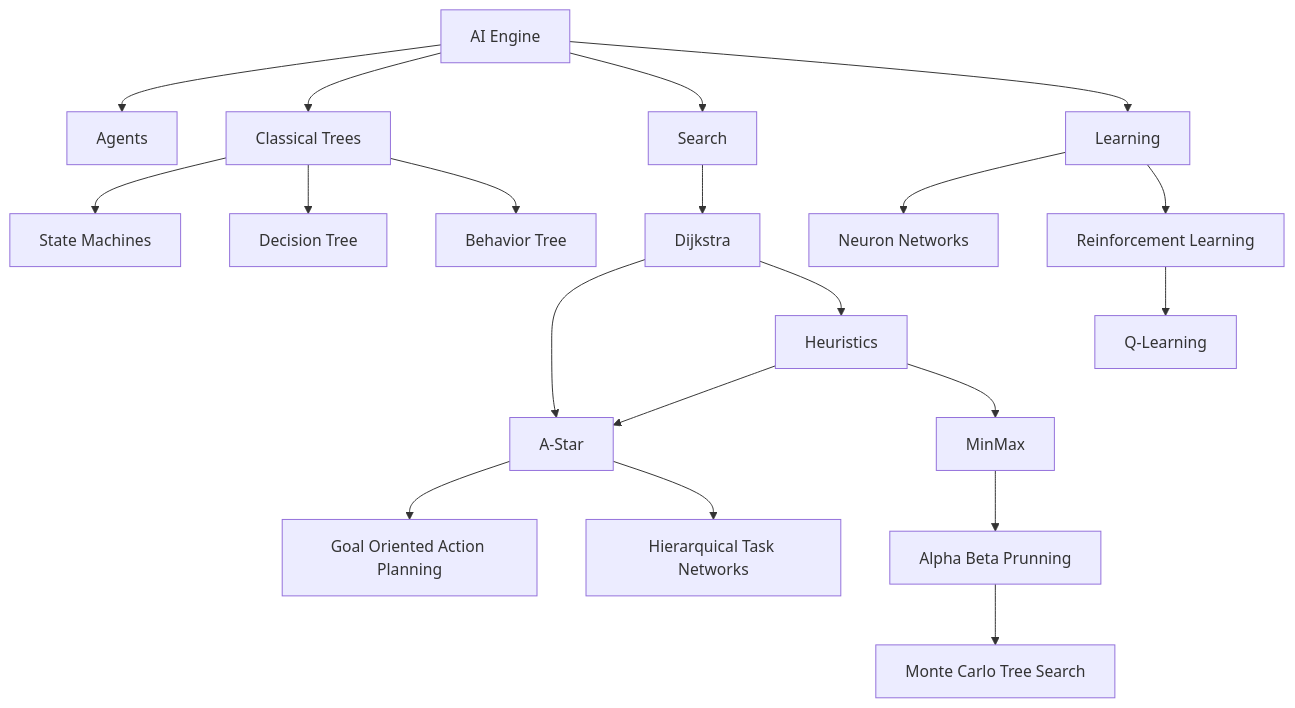
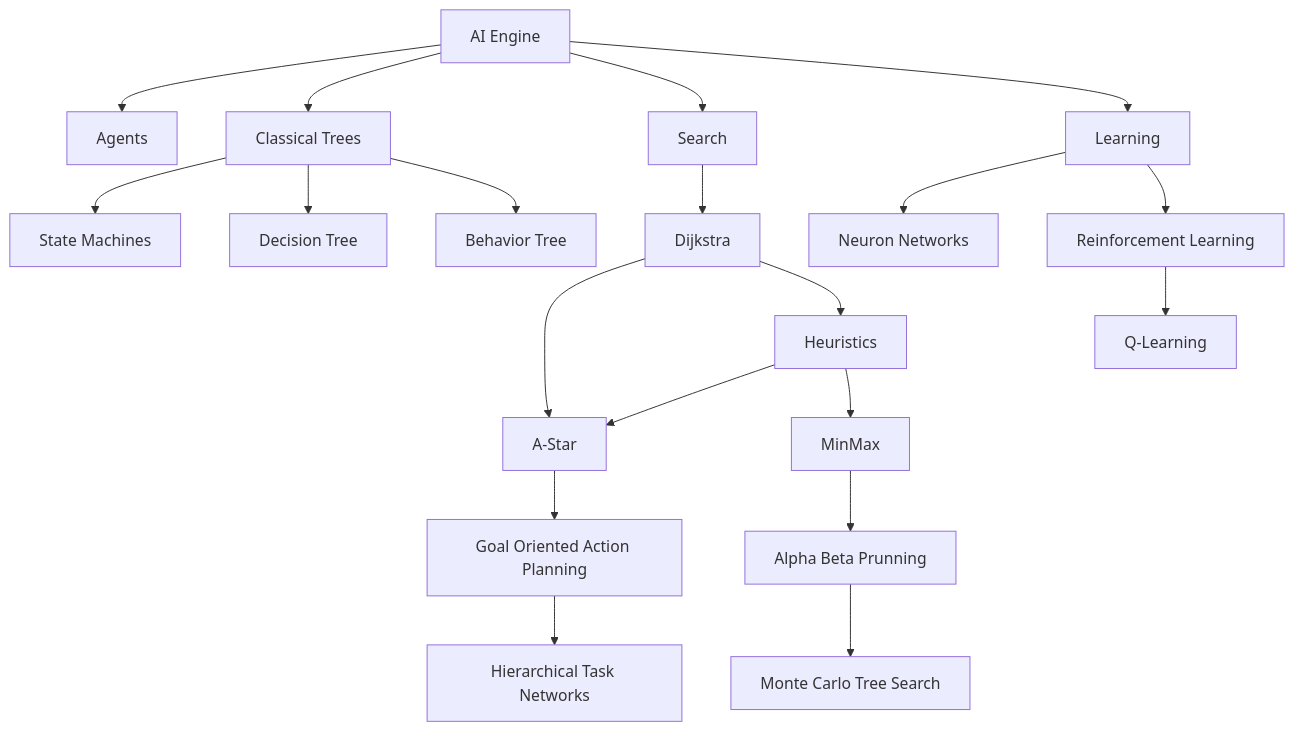
The diagram in services/web/src/data/courses/ai4games/chapters/week03/lecture.md (gameguild-gg/gameguild), drawn with Mermaid before and after one commit.

Commit message:
fix(courses): improve ai engine graph

````diff
--- a/services/web/src/data/courses/ai4games/chapters/week03/lecture.md
+++ b/services/web/src/data/courses/ai4games/chapters/week03/lecture.md
@@ -13,13 +13,14 @@
 ``` mermaid
 flowchart TD
     A["AI Engine"] --> Z["Agents"] & B["Classical Trees"] & C["Search"] & D["Learning"]
     C --> E["Dijkstra"]
     E --> F["A-Star"] & G["Heuristics"]
     G --> F & n3["MinMax"]
     D --> K["Neuron Networks"] & W["Reinforcement Learning"]
     W --> W2["Q-Learning"]
     B --> H["State Machines"] & I["Decision Tree"] & J["Behavior Tree"]
-    F --> n1["Goal Oriented Action Planning"] & n2["Hierarquical Task Networks"]
+    F --> n1["Goal Oriented Action Planning"]
+    n1 --> n2["Hierarchical Task Networks"]
     n3 --> n4["Alpha Beta Prunning"]
     n4 --> n5["Monte Carlo Tree Search"]
 ```
````
